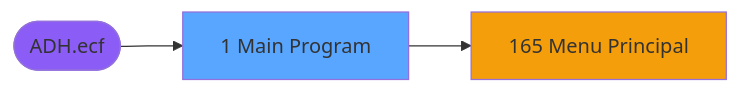
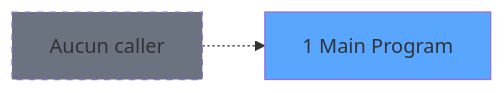
Before and after one commit to thonyAGP/magic-migration: the second of 3 diagrams in .openspec/specs/ADH-IDE-1.md, drawn with Mermaid. The commit also changed other lines of this file and 493 other files, not shown here.

````diff
--- a/.openspec/specs/ADH-IDE-1.md
+++ b/.openspec/specs/ADH-IDE-1.md
@@ -203,10 +676,8 @@
 ```mermaid
 graph LR
-    APP([ADH.ecf])
-    MAIN[1 Main Program]
-    MENU[165 Menu Principal]
-    APP --> MAIN --> MENU
-    style APP fill:#8b5cf6
-    style MAIN fill:#58a6ff
-    style MENU fill:#f59e0b
+    T1[1 Main Program]
+    style T1 fill:#58a6ff
+    NONE[Aucun caller]
+    NONE -.-> T1
+    style NONE fill:#6b7280,stroke-dasharray: 5 5
 ```
````
